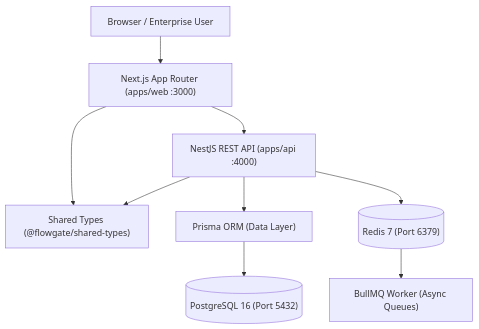
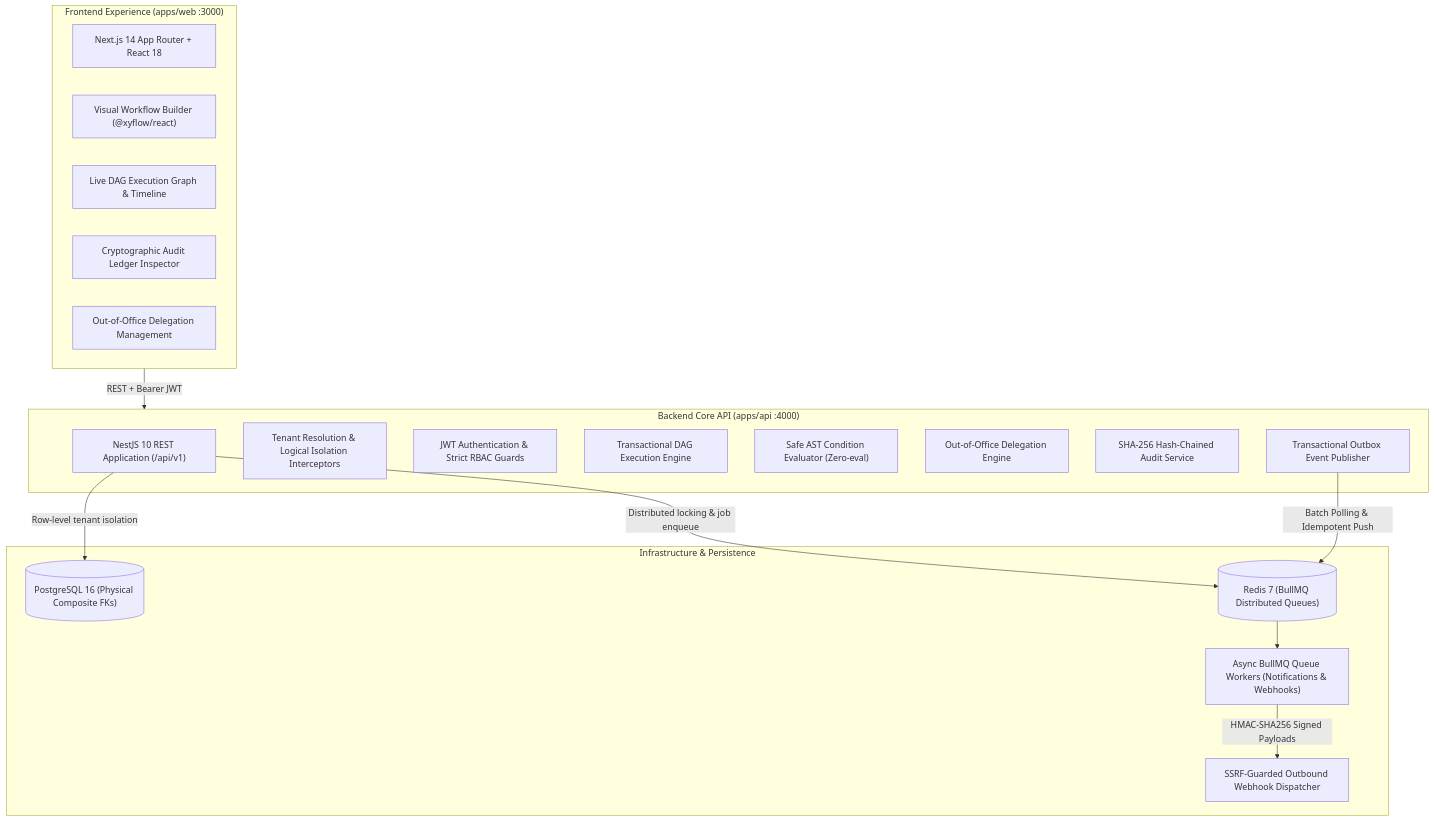
Before and after one commit to kvijay5/FlowGate: the first of 3 diagrams in README.md, drawn with Mermaid. The commit also changed other lines of this file and 9 other files, not shown here.

Commit message:
feat: complete milestone 7 product experience, delegation ui, demo seeding, and portfolio documentation

````diff
--- a/README.md
+++ b/README.md
@@ -11,11 +28,35 @@
 ```mermaid
 graph TD
-    Client["Browser / Enterprise User"] --> Web["Next.js App Router (apps/web :3000)"]
-    Web --> API["NestJS REST API (apps/api :4000)"]
-    API --> Shared["Shared Types (@flowgate/shared-types)"]
-    Web --> Shared
-    API --> Prisma["Prisma ORM (Data Layer)"]
-    Prisma --> Postgres[("PostgreSQL 16 (Port 5432)")]
-    API --> Redis[("Redis 7 (Port 6379)")]
-    Redis --> Worker["BullMQ Worker (Async Queues)"]
+    subgraph ClientLayer["Frontend Experience (apps/web :3000)"]
+        UI["Next.js 14 App Router + React 18"]
+        Builder["Visual Workflow Builder (@xyflow/react)"]
+        Viewer["Live DAG Execution Graph & Timeline"]
+        AuditUI["Cryptographic Audit Ledger Inspector"]
+        DelegationUI["Out-of-Office Delegation Management"]
+    end
+
+    subgraph APILayer["Backend Core API (apps/api :4000)"]
+        NestApp["NestJS 10 REST Application (/api/v1)"]
+        TenantGuard["Tenant Resolution & Logical Isolation Interceptors"]
+        AuthGuards["JWT Authentication & Strict RBAC Guards"]
+        DAGEngine["Transactional DAG Execution Engine"]
+        ASTEval["Safe AST Condition Evaluator (Zero-eval)"]
+        DelegationEngine["Out-of-Office Delegation Engine"]
+        AuditEngine["SHA-256 Hash-Chained Audit Service"]
+        OutboxWorker["Transactional Outbox Event Publisher"]
+    end
+
+    subgraph DataQueueLayer["Infrastructure & Persistence"]
+        Postgres[("PostgreSQL 16 (Physical Composite FKs)")]
+        Redis[("Redis 7 (BullMQ Distributed Queues)")]
+        Workers["Async BullMQ Queue Workers (Notifications & Webhooks)"]
+        Webhooks["SSRF-Guarded Outbound Webhook Dispatcher"]
+    end
+
+    ClientLayer -->|REST + Bearer JWT| APILayer
+    NestApp -->|Row-level tenant isolation| Postgres
+    NestApp -->|Distributed locking & job enqueue| Redis
+    Redis --> Workers
+    Workers -->|HMAC-SHA256 Signed Payloads| Webhooks
+    OutboxWorker -->|Batch Polling & Idempotent Push| Redis
 ```
````
